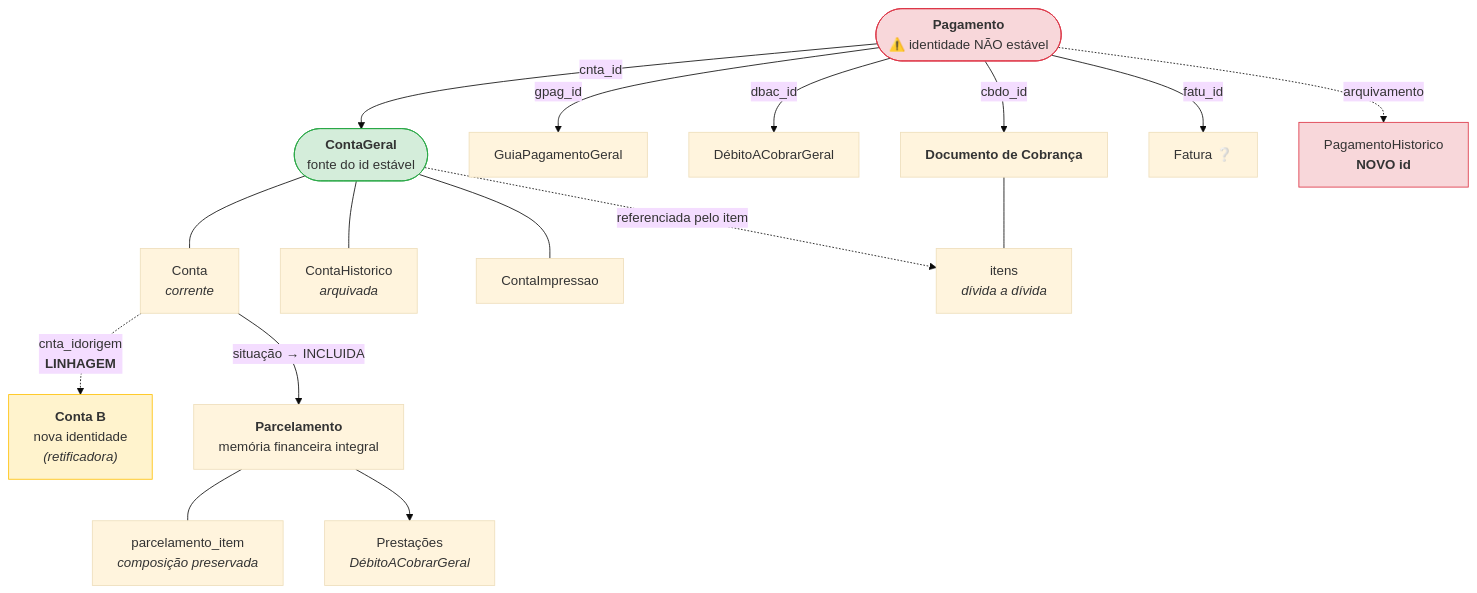
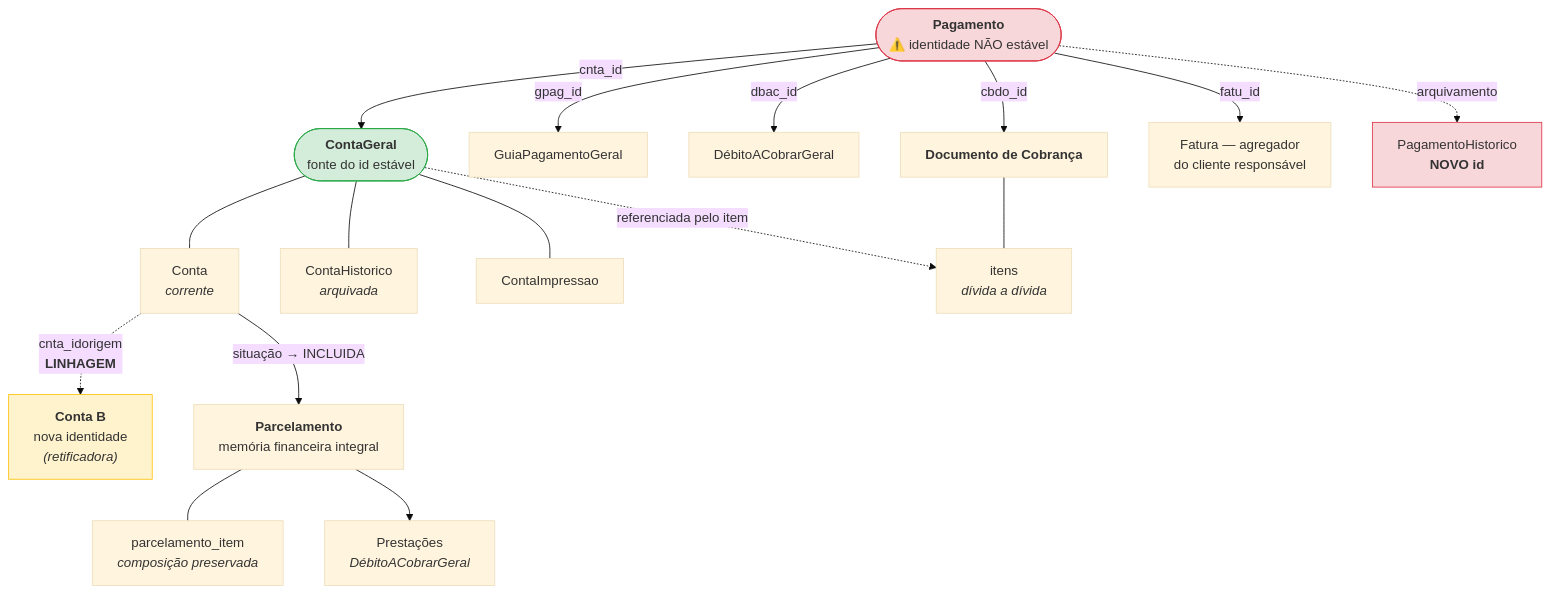
Before and after one commit to Joao-PSF/gsan: the second of 4 diagrams in docs/modernizacao/dominio/mapa-de-dominio.md, drawn with Mermaid (base theme). The commit also changed other lines of this file and 36 other files, not shown here.

````diff
--- a/docs/modernizacao/dominio/mapa-de-dominio.md
+++ b/docs/modernizacao/dominio/mapa-de-dominio.md
@@ -272,40 +272,40 @@
 ```mermaid
 flowchart TB
     CG(["<b>ContaGeral</b><br/>fonte do id estável"])
     C1["Conta<br/><i>corrente</i>"]
     CH["ContaHistorico<br/><i>arquivada</i>"]
     CI["ContaImpressao"]
     CG --- C1
     CG --- CH
     CG --- CI
 
     CB["<b>Conta B</b><br/>nova identidade<br/><i>(retificadora)</i>"]
     C1 -.->|"cnta_idorigem<br/><b>LINHAGEM</b>"| CB
 
     PARC["<b>Parcelamento</b><br/>memória financeira integral"]
     ITEM["parcelamento_item<br/><i>composição preservada</i>"]
     PREST["Prestações<br/><i>DébitoACobrarGeral</i>"]
 
     C1 -->|"situação → INCLUIDA"| PARC
     PARC --- ITEM
     PARC --> PREST
 
     DOC["<b>Documento de Cobrança</b>"]
     DITEM["itens<br/><i>dívida a dívida</i>"]
     DOC --- DITEM
     CG -.->|referenciada pelo item| DITEM
 
     PG(["<b>Pagamento</b><br/>⚠️ identidade NÃO estável"])
     PG -->|cnta_id| CG
     PG -->|gpag_id| GUIA["GuiaPagamentoGeral"]
     PG -->|dbac_id| DBAC["DébitoACobrarGeral"]
     PG -->|cbdo_id| DOC
-    PG -->|fatu_id| FAT["Fatura ❔"]
+    PG -->|fatu_id| FAT["Fatura — agregador<br/>do cliente responsável"]
     PGH["PagamentoHistorico<br/><b>NOVO id</b>"]
     PG -.->|arquivamento| PGH
 
     style CG fill:#d4edda,stroke:#28a745
     style PG fill:#f8d7da,stroke:#dc3545
     style PGH fill:#f8d7da,stroke:#dc3545
     style CB fill:#fff3cd,stroke:#ffc107
 ```
````
